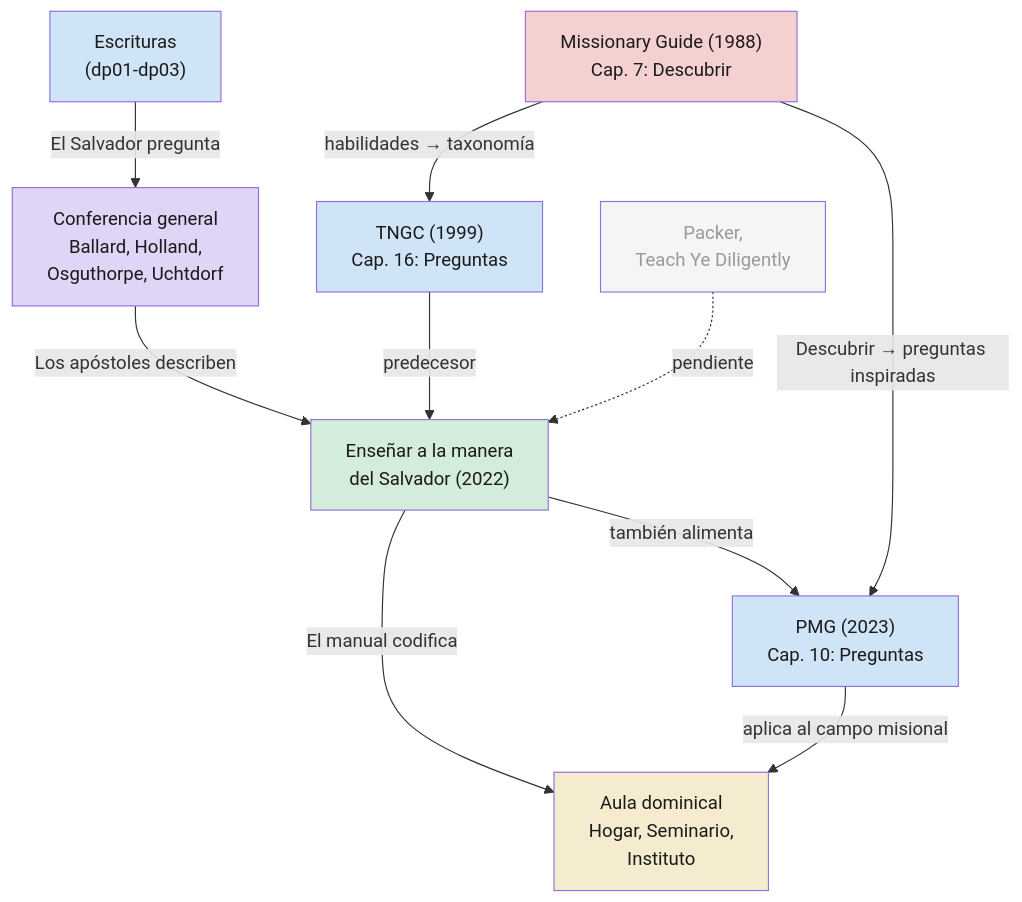
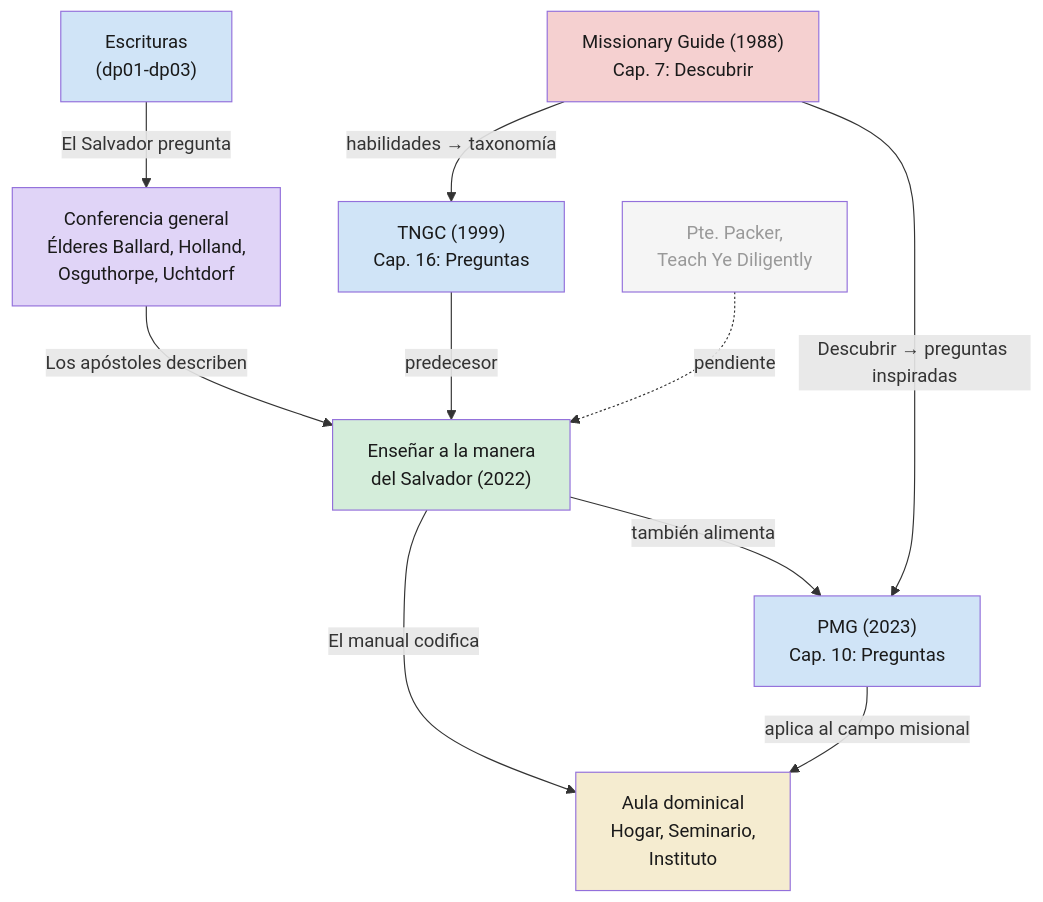
Before and after one commit to JPMarichal/kanoniko: the diagram in prods/dossiers/0009-dp04-uso-institucional.md, drawn with Mermaid. The commit also changed other lines of this file and 4 other files, not shown here.

````diff
--- a/prods/dossiers/0009-dp04-uso-institucional.md
+++ b/prods/dossiers/0009-dp04-uso-institucional.md
@@ -226,32 +210,32 @@
 ```mermaid
 graph TD
     ESC["Escrituras<br/>(dp01-dp03)"]
-    CONF["Conferencia general<br/>Ballard, Holland,<br/>Osguthorpe, Uchtdorf"]
+    CONF["Conferencia general<br/>Élderes Ballard, Holland,<br/>Osguthorpe, Uchtdorf"]
     MAN["Enseñar a la manera<br/>del Salvador (2022)"]
     AULA["Aula dominical<br/>Hogar, Seminario,<br/>Instituto"]
     
     ESC -->|"El Salvador pregunta"| CONF
     CONF -->|"Los apóstoles describen"| MAN
     MAN -->|"El manual codifica"| AULA
     
     MG["Missionary Guide (1988)<br/>Cap. 7: Descubrir"]
     TNGC["TNGC (1999)<br/>Cap. 16: Preguntas"]
     PMG["PMG (2023)<br/>Cap. 10: Preguntas"]
-    PACK["Packer,<br/>Teach Ye Diligently"]
+    PACK["Pte. Packer,<br/>Teach Ye Diligently"]
     
     MG -->|"habilidades → taxonomía"| TNGC
     TNGC -->|"predecesor"| MAN
     PACK -.->|"pendiente"| MAN
     PMG -->|"aplica al campo misional"| AULA
     MAN -->|"también alimenta"| PMG
     MG -->|"Descubrir → preguntas inspiradas"| PMG
     
     style ESC fill:#d0e4f7,color:#1a1a1a
     style CONF fill:#e0d4f7,color:#1a1a1a
     style MAN fill:#d4edda,color:#1a1a1a
     style AULA fill:#f5ecd0,color:#1a1a1a
     style MG fill:#f5d0d0,color:#1a1a1a
     style TNGC fill:#d0e4f7,color:#1a1a1a
     style PMG fill:#d0e4f7,color:#1a1a1a
     style PACK fill:#f5f5f5,color:#999
 ```
````
